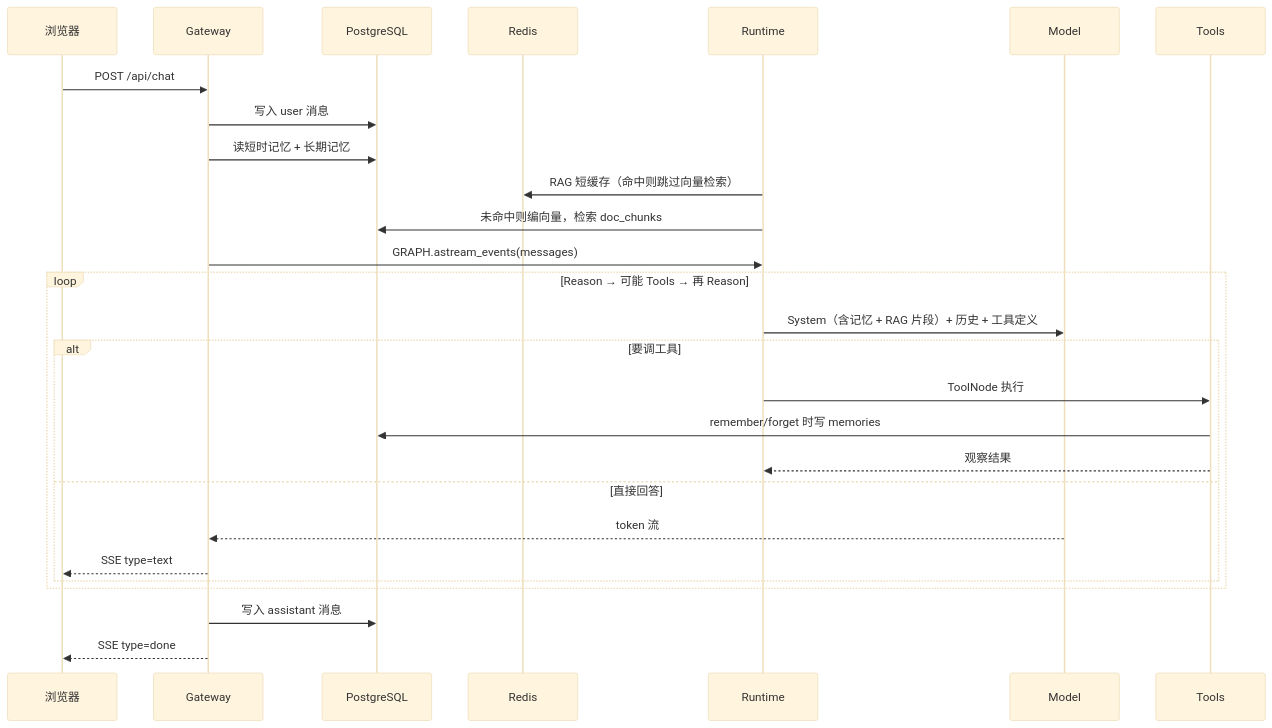
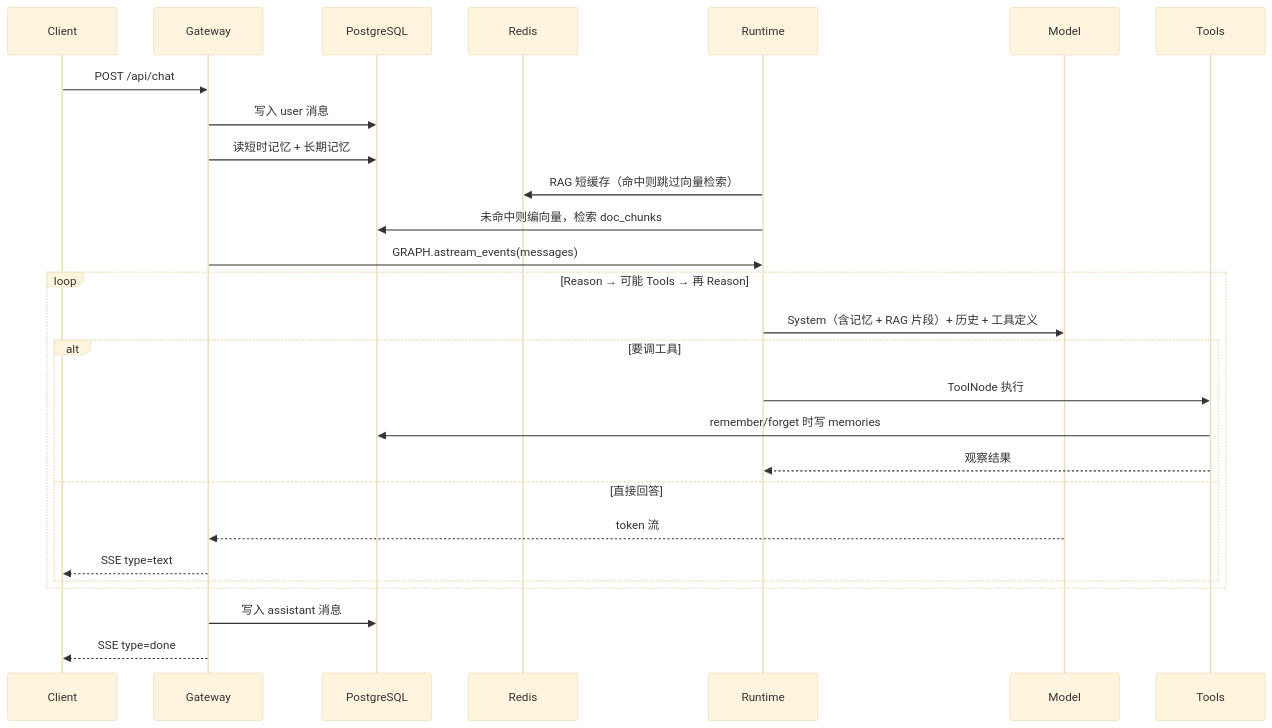
The first of 2 diagrams in 系统文档.md (bdwallace/MyAIAgentDemo), drawn with Mermaid (base theme) before and after one commit. The commit also changed other lines of this file and 14 other files, not shown here.

````diff
--- a/系统文档.md
+++ b/系统文档.md
@@ -14,30 +14,30 @@
 ```mermaid
 sequenceDiagram
-    participant U as 浏览器
+    participant U as Client
     participant G as Gateway
     participant PG as PostgreSQL
     participant RD as Redis
     participant R as Runtime
     participant M as Model
     participant T as Tools
 
     U->>G: POST /api/chat
     G->>PG: 写入 user 消息
     G->>PG: 读短时记忆 + 长期记忆
     R->>RD: RAG 短缓存（命中则跳过向量检索）
     R->>PG: 未命中则编向量，检索 doc_chunks
     G->>R: GRAPH.astream_events(messages)
     loop Reason → 可能 Tools → 再 Reason
         R->>M: System（含记忆 + RAG 片段）+ 历史 + 工具定义
         alt 要调工具
             R->>T: ToolNode 执行
             T->>PG: remember/forget 时写 memories
             T-->>R: 观察结果
         else 直接回答
             M-->>G: token 流
             G-->>U: SSE type=text
         end
     end
     G->>PG: 写入 assistant 消息
     G-->>U: SSE type=done
 ```
````
